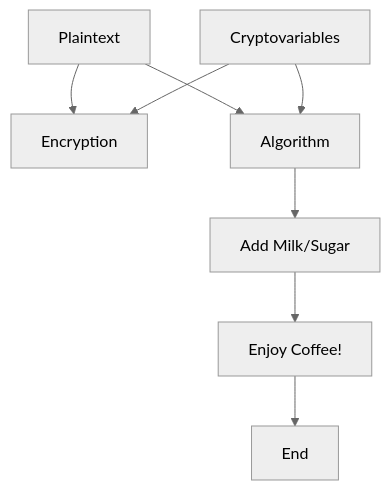
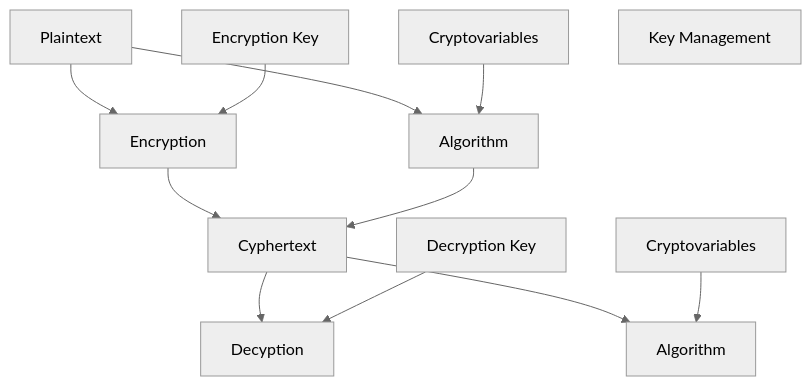
One commit to RobertRMarsh/cyber-notes changed the diagram in isc2-cc/domain-5/encryption-overview.md. Above: the diagram before and after it, drawn with Mermaid (neutral theme).

Commit message:
vault backup: 2026-05-15 17:55:10

````diff
--- a/isc2-cc/domain-5/encryption-overview.md
+++ b/isc2-cc/domain-5/encryption-overview.md
@@ -6,12 +6,14 @@
 ```mermaid  
 graph TD  
 A[Plaintext] --> B[Encryption];
-A --> C[Algorithm]  
+A --> C[Algorithm];  
 D[Encryption Key]--> B;  
-D[Cryptovariables]--> C;  
-E[Key Management]  
-F[Cy]  
-C --> E[Add Milk/Sugar];  
-E --> F[Enjoy Coffee!];  
-F --> G[End];  
+E[Cryptovariables]--> C;  
+F[Key Management];
+B --> G[Cyphertext];
+C --> G;  
+G --> H[Decyption];  
+G --> I[Algorithm];  
+J[Cryptovariables]--> I;  
+K[Decryption Key]--> H;
 ```
````
